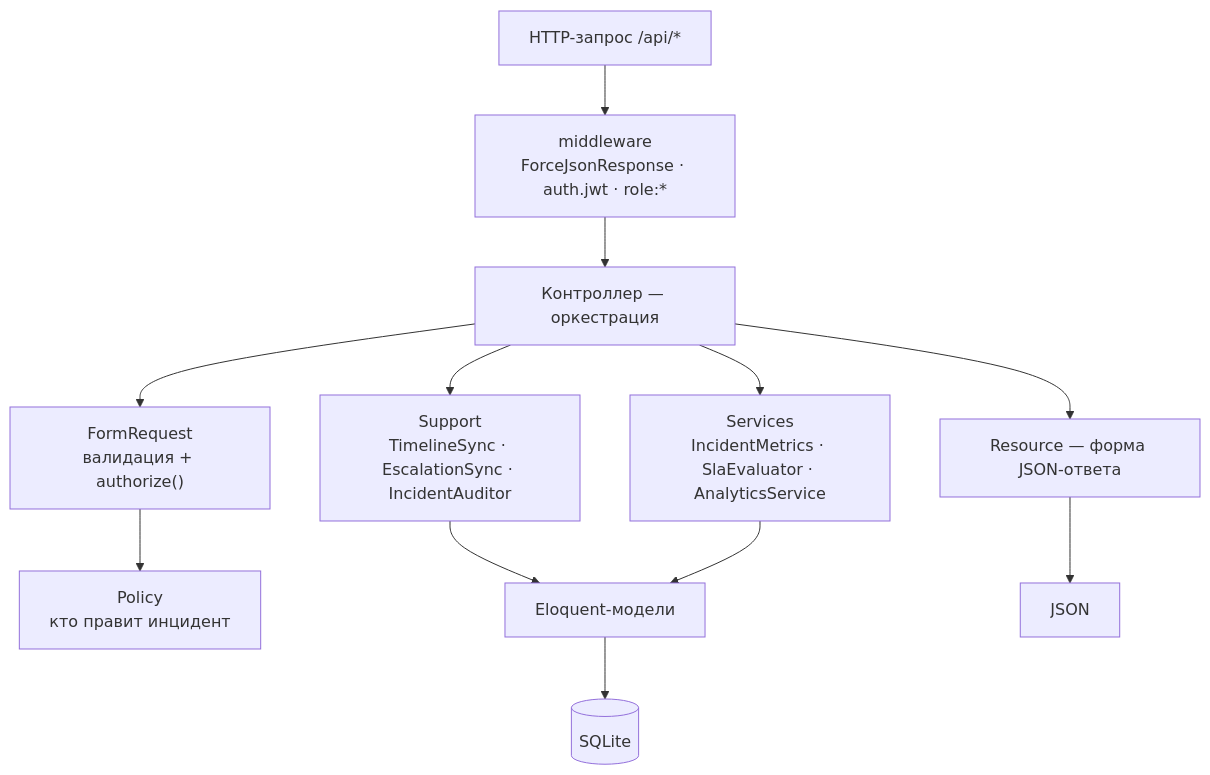
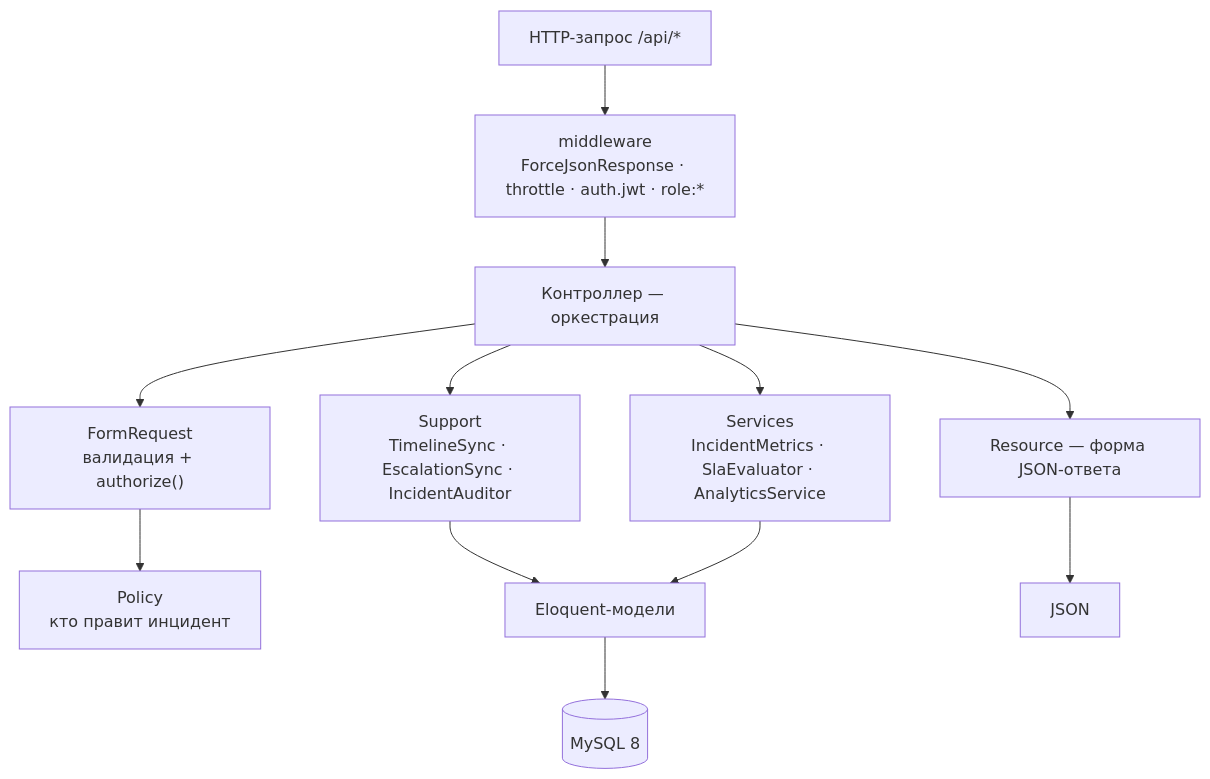
Before and after one commit to bagavund/incident: the second of 5 diagrams in SYSTEM_ANALYSIS.md, drawn with Mermaid. The commit also changed other lines of this file, not shown here.

````diff
--- a/SYSTEM_ANALYSIS.md
+++ b/SYSTEM_ANALYSIS.md
@@ -184,14 +186,14 @@
 ```mermaid
 flowchart TB
-    REQ["HTTP-запрос /api/*"] --> MW["middleware<br/>ForceJsonResponse · auth.jwt · role:*"]
+    REQ["HTTP-запрос /api/*"] --> MW["middleware<br/>ForceJsonResponse · throttle · auth.jwt · role:*"]
     MW --> CTRL["Контроллер — оркестрация"]
     CTRL --> FR["FormRequest<br/>валидация + authorize()"]
     FR --> POL["Policy<br/>кто правит инцидент"]
     CTRL --> SUP["Support<br/>TimelineSync · EscalationSync · IncidentAuditor"]
     CTRL --> SVC["Services<br/>IncidentMetrics · SlaEvaluator · AnalyticsService"]
     SUP --> MODEL["Eloquent-модели"]
     SVC --> MODEL
-    MODEL --> DB[("SQLite")]
+    MODEL --> DB[("MySQL 8")]
     CTRL --> RES["Resource — форма JSON-ответа"]
     RES --> OUT["JSON"]
 ```
````
